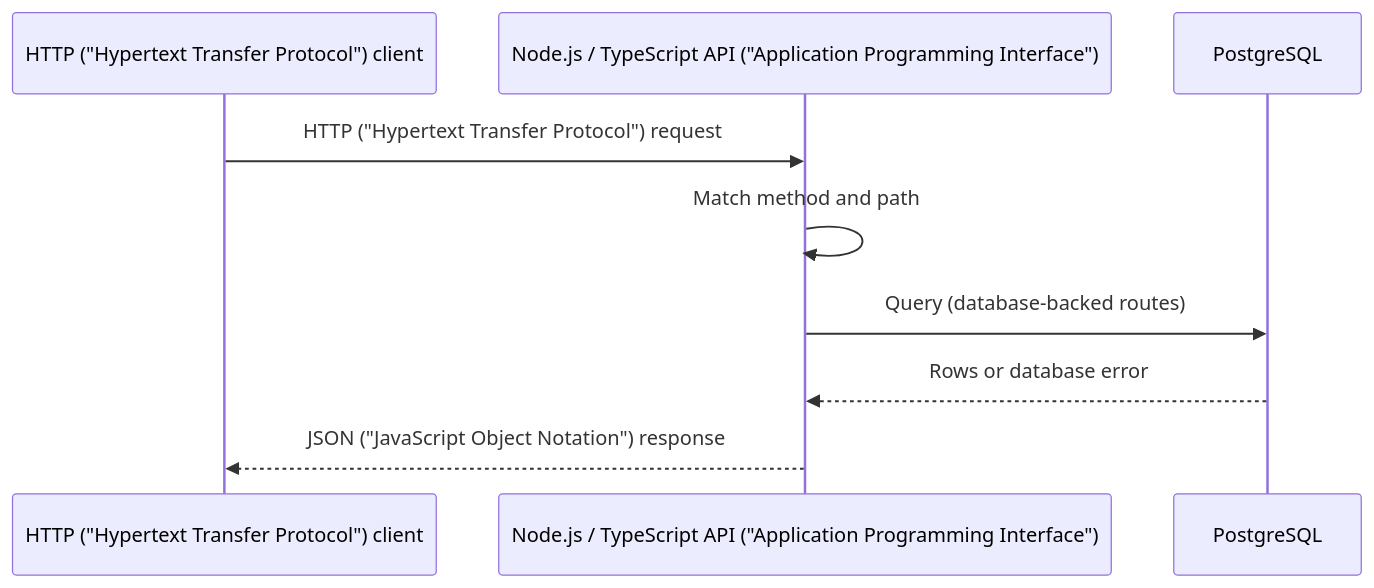
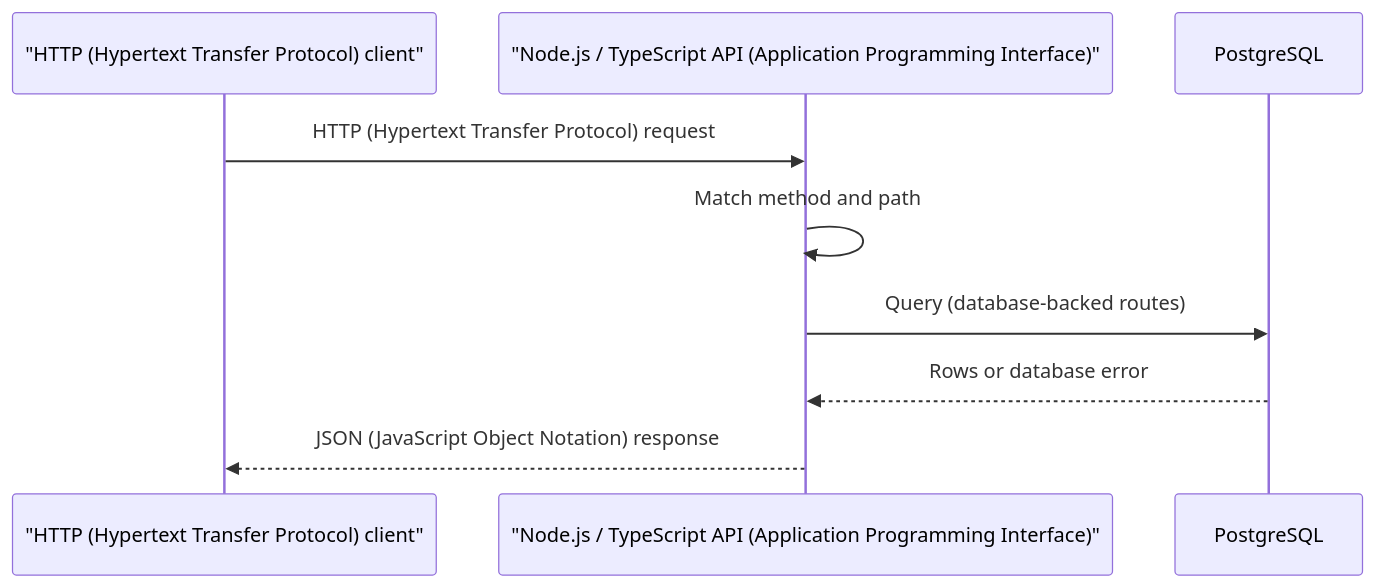
Before and after one commit to sidoruk-sv/flightstack: the first of 2 diagrams in README.md, drawn with Mermaid. The commit also changed other lines of this file, not shown here.

Commit message:
docs: fix mermaid diagram

````diff
--- a/README.md
+++ b/README.md
@@ -63,12 +63,12 @@
 ```mermaid
 sequenceDiagram
-    participant Client as HTTP ("Hypertext Transfer Protocol") client
-    participant API as Node.js / TypeScript API ("Application Programming Interface")
+    participant Client as "HTTP (Hypertext Transfer Protocol) client"
+    participant API as "Node.js / TypeScript API (Application Programming Interface)"
     participant DB as PostgreSQL
 
-    Client->>API: HTTP ("Hypertext Transfer Protocol") request
+    Client->>API: HTTP (Hypertext Transfer Protocol) request
     API->>API: Match method and path
     API->>DB: Query (database-backed routes)
     DB-->>API: Rows or database error
-    API-->>Client: JSON ("JavaScript Object Notation") response
+    API-->>Client: JSON (JavaScript Object Notation) response
 ```
````
